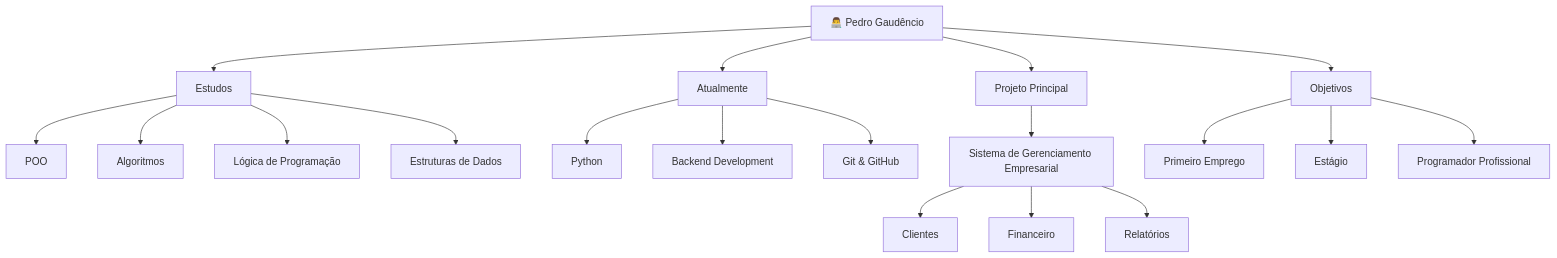
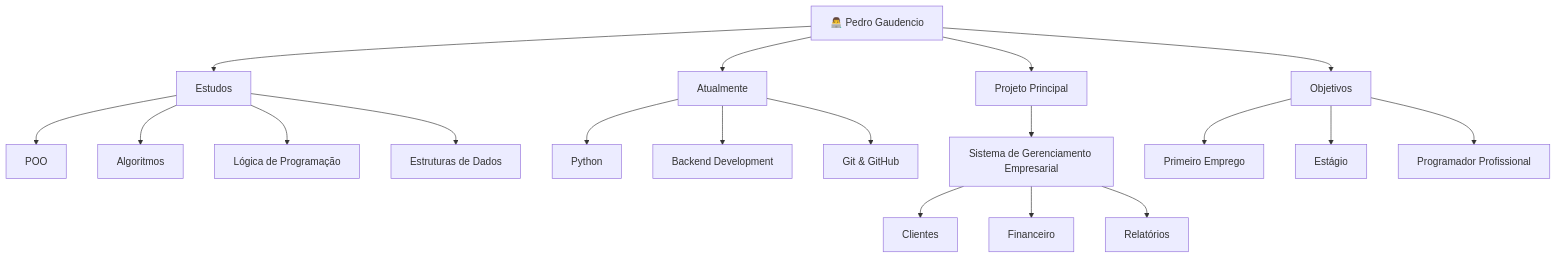
The diagram in README.md (PedroSilva370/PedroSilva370), drawn with Mermaid before and after one commit.

Commit message:
Fix typo in developer name in README.md

````diff
--- a/README.md
+++ b/README.md
@@ -21,28 +21,28 @@
 ```mermaid
 flowchart TB
 
-    A["👨‍💻 Pedro Gaudêncio"]
+    A["👨‍💻 Pedro Gaudencio"]
 
     A --> B["Estudos"]
     A --> C["Atualmente"]
     A --> D["Projeto Principal"]
     A --> E["Objetivos"]
 
     B --> B1["POO"]
     B --> B2["Algoritmos"]
     B --> B3["Lógica de Programação"]
     B --> B4["Estruturas de Dados"]
 
     C --> C1["Python"]
     C --> C2["Backend Development"]
     C --> C3["Git & GitHub"]
 
     D --> D1["Sistema de Gerenciamento Empresarial"]
     D1 --> D2["Clientes"]
     D1 --> D3["Financeiro"]
     D1 --> D4["Relatórios"]
 
     E --> E1["Primeiro Emprego"]
     E --> E2["Estágio"]
     E --> E3["Programador Profissional"]
 ```
````
